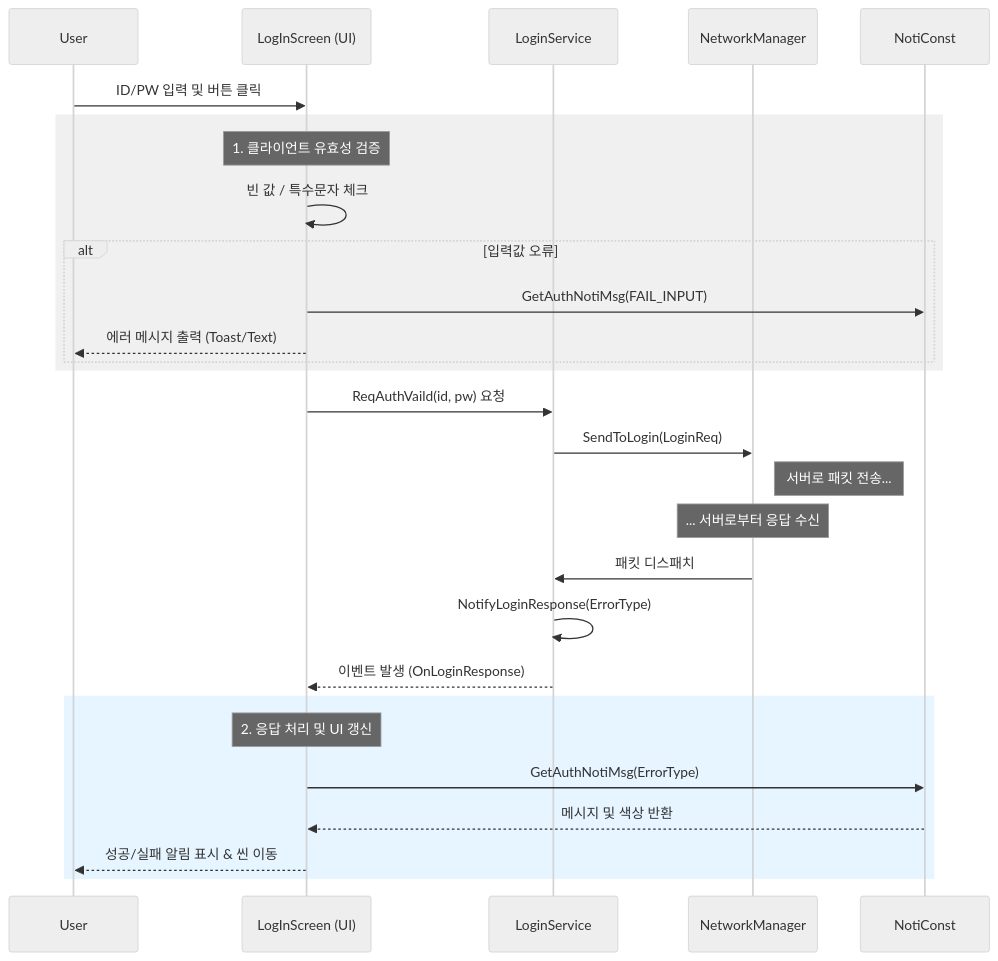
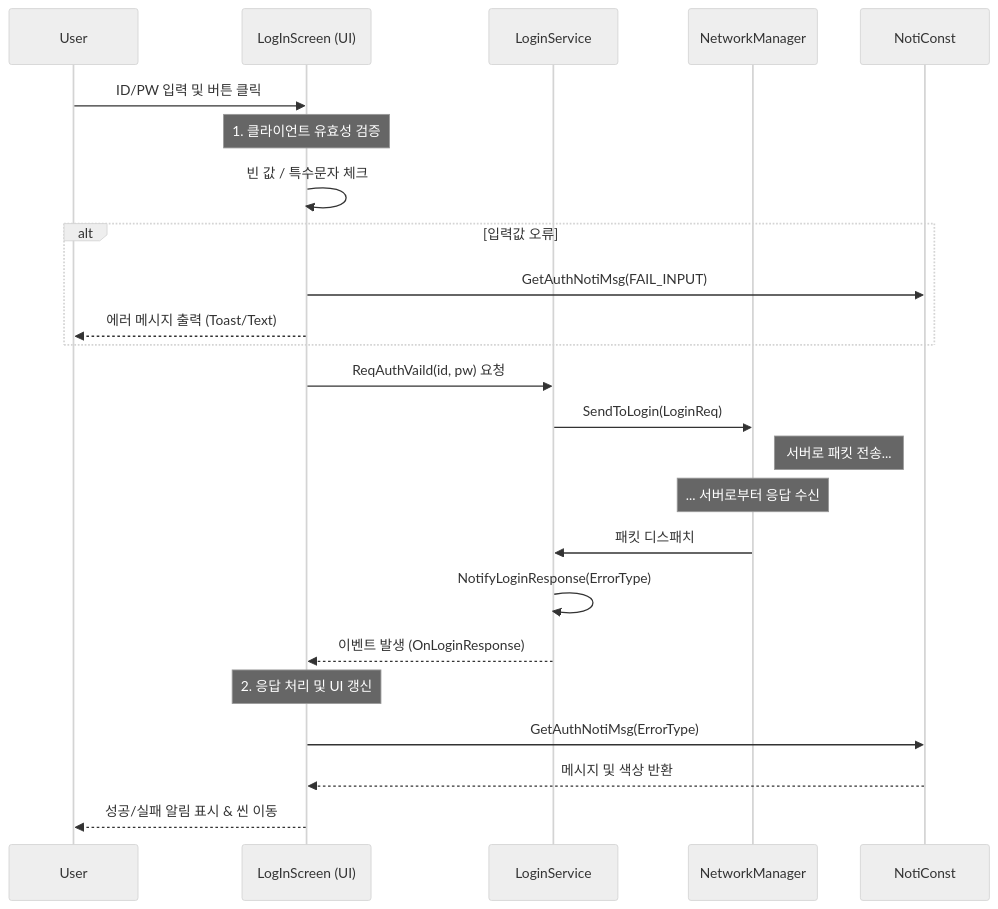
The diagram in HuntVerse/Framework_Login.md (pj002321/Code_Review), drawn with Mermaid (neutral theme) before and after one commit.

````diff
--- a/HuntVerse/Framework_Login.md
+++ b/HuntVerse/Framework_Login.md
@@ -31,35 +31,31 @@
 ```mermaid
 sequenceDiagram
     participant User
     participant UI as LogInScreen (UI)
     participant Service as LoginService
     participant Net as NetworkManager
     participant Noti as NotiConst
 
     User->>UI: ID/PW 입력 및 버튼 클릭
     
-    rect rgb(240, 240, 240)
     Note over UI: 1. 클라이언트 유효성 검증
     UI->>UI: 빈 값 / 특수문자 체크
     alt 입력값 오류
         UI->>Noti: GetAuthNotiMsg(FAIL_INPUT)
         UI-->>User: 에러 메시지 출력 (Toast/Text)
-    end
     end
 
     UI->>Service: ReqAuthVaild(id, pw) 요청
     Service->>Net: SendToLogin(LoginReq)
     Note right of Net: 서버로 패킷 전송...
 
     Note over Net: ... 서버로부터 응답 수신
     Net->>Service: 패킷 디스패치
     Service->>Service: NotifyLoginResponse(ErrorType)
     Service-->>UI: 이벤트 발생 (OnLoginResponse)
 
-    rect rgb(230, 245, 255)
     Note over UI: 2. 응답 처리 및 UI 갱신
     UI->>Noti: GetAuthNotiMsg(ErrorType)
     Noti-->>UI: 메시지 및 색상 반환
     UI-->>User: 성공/실패 알림 표시 & 씬 이동
-    end
 ```
````
